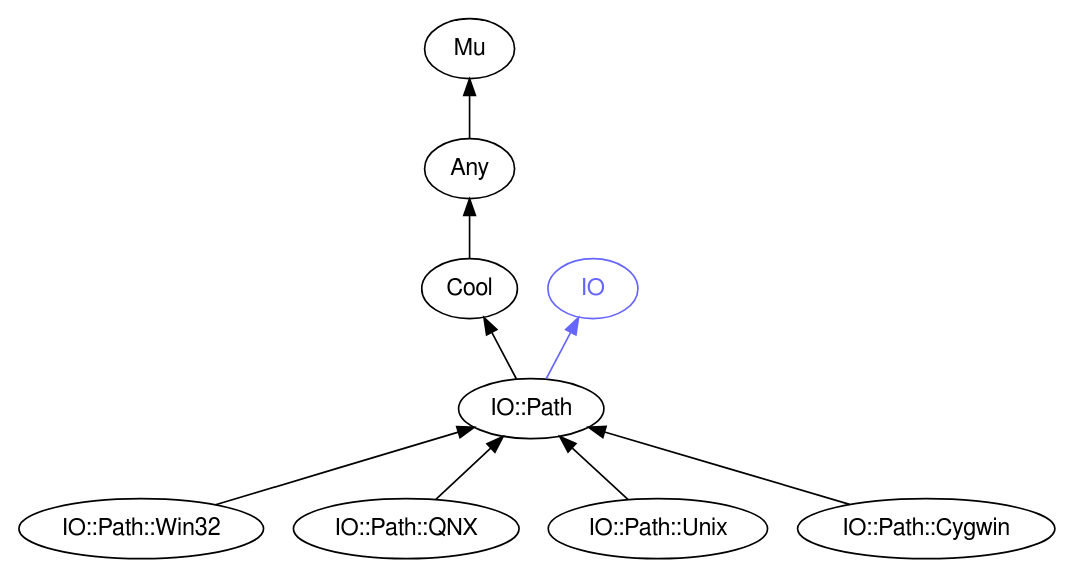
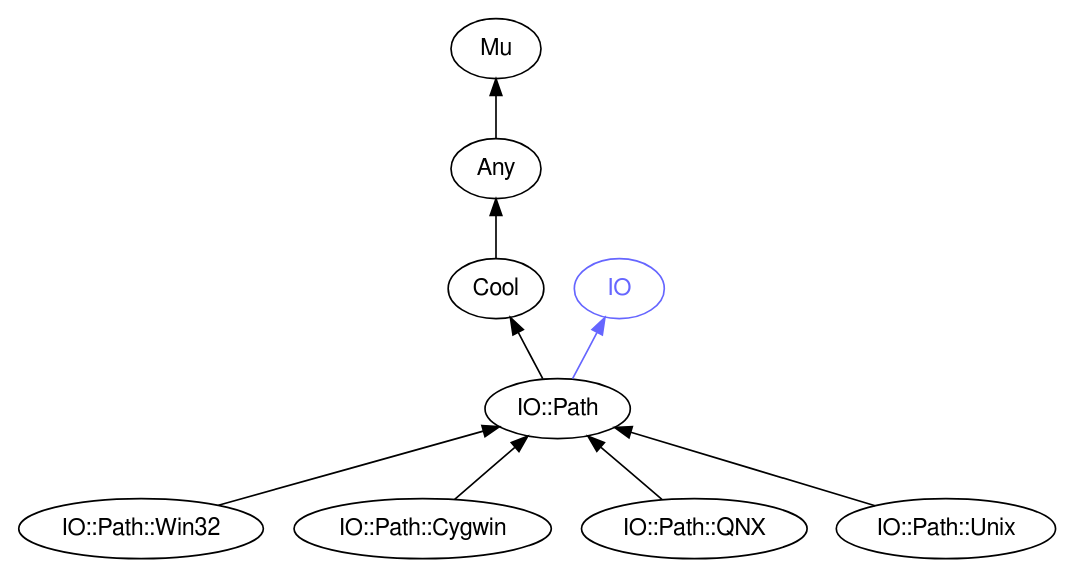
Before and after one commit to perl6docs/perl6docs.github.io: the diagram in images/type-graph-IO::Path.svg.dot, drawn with Graphviz. The commit also changed other lines of this file and 4371 other files, not shown here.

```diff
--- a/images/type-graph-IO::Path.svg.dot
+++ b/images/type-graph-IO::Path.svg.dot
@@ -1,27 +1,27 @@
 digraph "perl6-type-graph" {
     rankdir=BT;
     splines=polyline;
     overlap=false; 
     // Types
     "IO::Path" [color="#000000", fontcolor="#000000", href="/type/IO::Path", fontname="FreeSans"];
     "Mu" [color="#000000", fontcolor="#000000", href="/type/Mu", fontname="FreeSans"];
     "Any" [color="#000000", fontcolor="#000000", href="/type/Any", fontname="FreeSans"];
     "Cool" [color="#000000", fontcolor="#000000", href="/type/Cool", fontname="FreeSans"];
     "IO" [color="#6666FF", fontcolor="#6666FF", href="/type/IO", fontname="FreeSans"];
     "IO::Path::Win32" [color="#000000", fontcolor="#000000", href="/type/IO::Path::Win32", fontname="FreeSans"];
+    "IO::Path::Cygwin" [color="#000000", fontcolor="#000000", href="/type/IO::Path::Cygwin", fontname="FreeSans"];
     "IO::Path::QNX" [color="#000000", fontcolor="#000000", href="/type/IO::Path::QNX", fontname="FreeSans"];
     "IO::Path::Unix" [color="#000000", fontcolor="#000000", href="/type/IO::Path::Unix", fontname="FreeSans"];
-    "IO::Path::Cygwin" [color="#000000", fontcolor="#000000", href="/type/IO::Path::Cygwin", fontname="FreeSans"];
 
     // Superclasses
     "IO::Path" -> "Cool" [color="#000000"];
     "Any" -> "Mu" [color="#000000"];
     "Cool" -> "Any" [color="#000000"];
     "IO::Path::Win32" -> "IO::Path" [color="#000000"];
+    "IO::Path::Cygwin" -> "IO::Path" [color="#000000"];
     "IO::Path::QNX" -> "IO::Path" [color="#000000"];
     "IO::Path::Unix" -> "IO::Path" [color="#000000"];
-    "IO::Path::Cygwin" -> "IO::Path" [color="#000000"];
 
     // Roles
     "IO::Path" -> "IO" [color="#6666FF"];
 }
```
